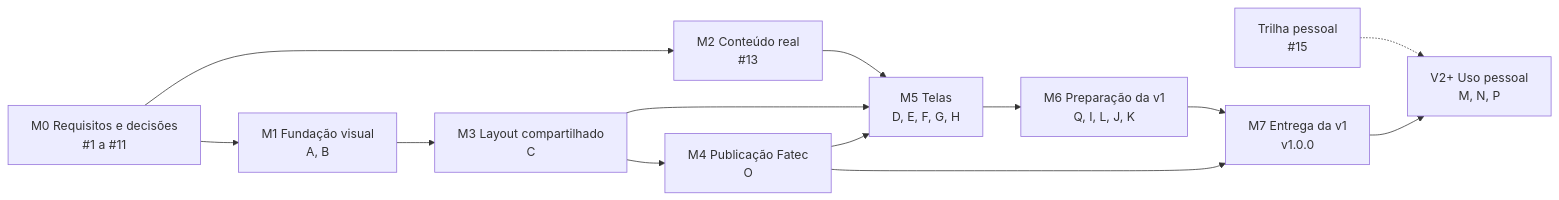
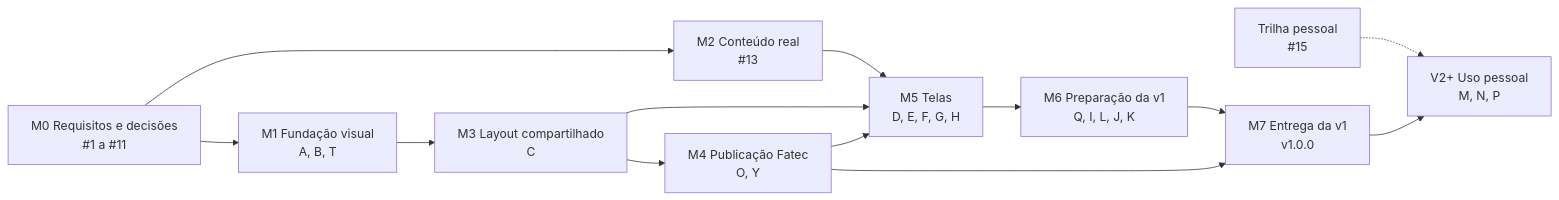
Before and after one commit to felipe-sant/portfolio-frontend: the diagram in docs/product/roadmap.md, drawn with Mermaid. The commit also changed other lines of this file and 1 other file, not shown here.

Commit message:
Docs :bulb: [#9] Aponta índice e roadmap para os requisitos de acessibilidade

````diff
--- a/docs/product/roadmap.md
+++ b/docs/product/roadmap.md
@@ -52,15 +52,15 @@
 ```mermaid
 flowchart LR
-    M0["M0 Requisitos e decisões<br/>#1 a #11"] --> M1["M1 Fundação visual<br/>A, B"]
+    M0["M0 Requisitos e decisões<br/>#1 a #11"] --> M1["M1 Fundação visual<br/>A, B, T"]
     M0 --> M2["M2 Conteúdo real<br/>#13"]
     M1 --> M3["M3 Layout compartilhado<br/>C"]
-    M3 --> M4["M4 Publicação Fatec<br/>O"]
+    M3 --> M4["M4 Publicação Fatec<br/>O, Y"]
     M2 --> M5["M5 Telas<br/>D, E, F, G, H"]
     M3 --> M5
     M4 --> M5
     M5 --> M6["M6 Preparação da v1<br/>Q, I, L, J, K"]
     M6 --> M7["M7 Entrega da v1<br/>v1.0.0"]
     M4 --> M7
     TP["Trilha pessoal<br/>#15"] -.-> V2["V2+ Uso pessoal<br/>M, N, P"]
     M7 --> V2
 ```
````
